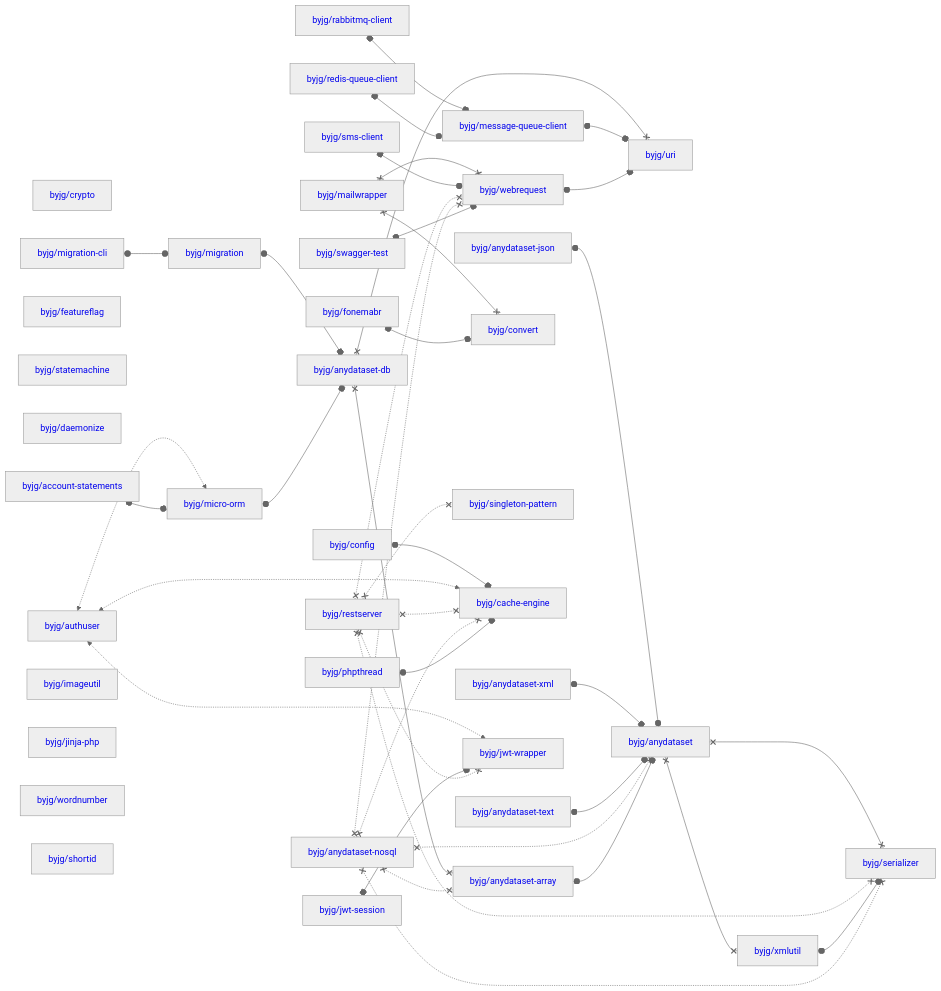
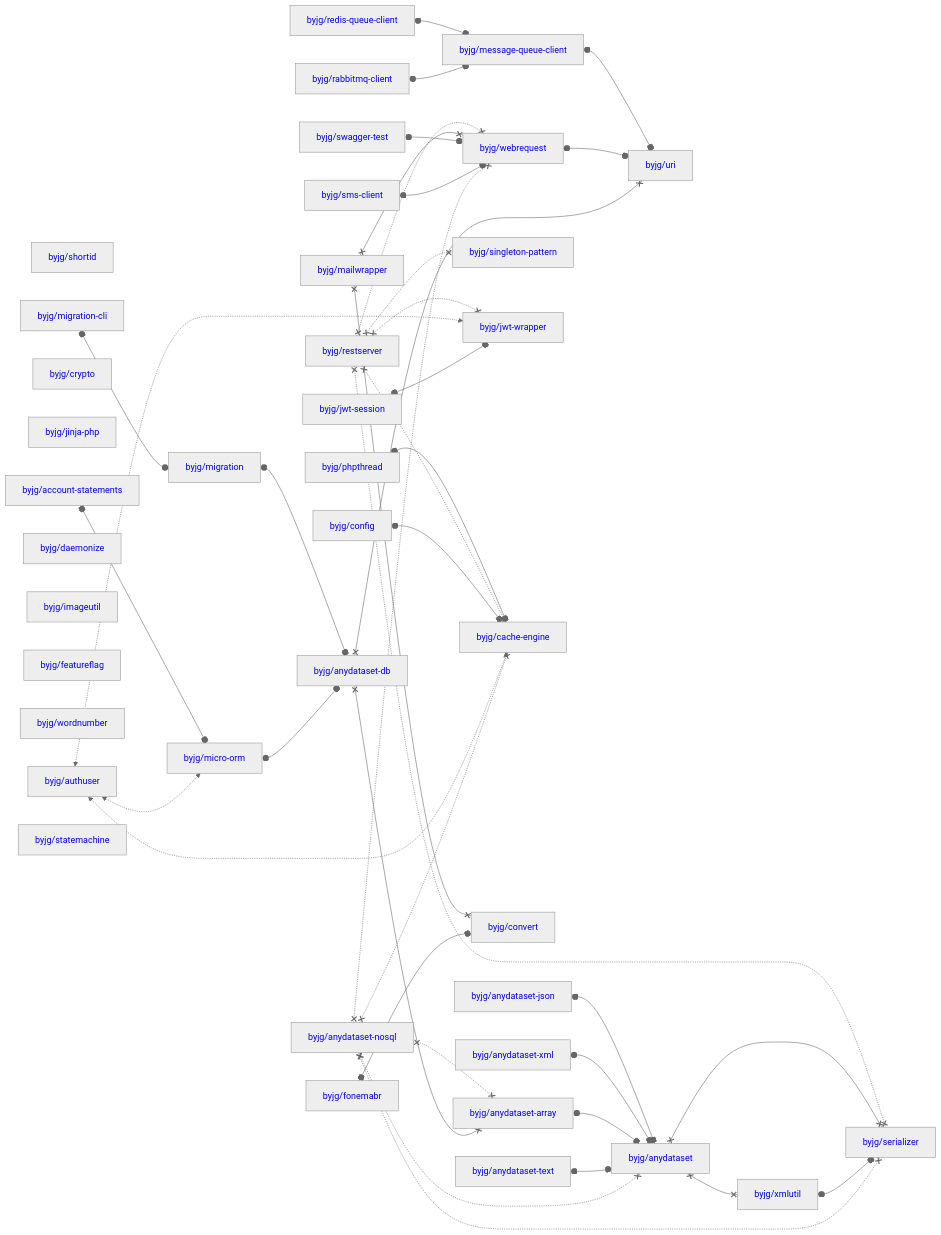
The diagram in docs/php/README.md (byjg/byjg.github.io), drawn with Mermaid (neutral theme) before and after one commit. The commit also changed other lines of this file, not shown here.

Commit message:
Update documentation 'php' 'php-config'

````diff
--- a/docs/php/README.md
+++ b/docs/php/README.md
@@ -3,80 +3,80 @@
 ```mermaid
 graph LR;
+  byjg/anydataset-text[<a href='https://opensource.byjg.com/docs/php/anydataset-text' style='text-decoration:none'>byjg/anydataset-text</a>];
+  byjg/jwt-session[<a href='https://opensource.byjg.com/docs/php/jwt-session' style='text-decoration:none'>byjg/jwt-session</a>];
+  byjg/phpthread[<a href='https://opensource.byjg.com/docs/php/phpthread' style='text-decoration:none'>byjg/phpthread</a>];
+  byjg/shortid[<a href='https://opensource.byjg.com/docs/php/shortid' style='text-decoration:none'>byjg/shortid</a>];
+  byjg/authuser[<a href='https://opensource.byjg.com/docs/php/authuser' style='text-decoration:none'>byjg/authuser</a>];
   byjg/crypto[<a href='https://opensource.byjg.com/docs/php/crypto' style='text-decoration:none'>byjg/crypto</a>];
+  byjg/redis-queue-client[<a href='https://opensource.byjg.com/docs/php/redis-queue-client' style='text-decoration:none'>byjg/redis-queue-client</a>];
+  byjg/restserver[<a href='https://opensource.byjg.com/docs/php/restserver' style='text-decoration:none'>byjg/restserver</a>];
   byjg/anydataset-json[<a href='https://opensource.byjg.com/docs/php/anydataset-json' style='text-decoration:none'>byjg/anydataset-json</a>];
-  byjg/rabbitmq-client[<a href='https://opensource.byjg.com/docs/php/rabbitmq-client' style='text-decoration:none'>byjg/rabbitmq-client</a>];
-  byjg/anydataset-text[<a href='https://opensource.byjg.com/docs/php/anydataset-text' style='text-decoration:none'>byjg/anydataset-text</a>];
+  byjg/jinja-php[<a href='https://opensource.byjg.com/docs/php/jinja-php' style='text-decoration:none'>byjg/jinja-php</a>];
   byjg/migration-cli[<a href='https://opensource.byjg.com/docs/php/migration-cli' style='text-decoration:none'>byjg/migration-cli</a>];
+  byjg/anydataset-xml[<a href='https://opensource.byjg.com/docs/php/anydataset-xml' style='text-decoration:none'>byjg/anydataset-xml</a>];
+  byjg/daemonize[<a href='https://opensource.byjg.com/docs/php/daemonize' style='text-decoration:none'>byjg/daemonize</a>];
+  byjg/anydataset-nosql[<a href='https://opensource.byjg.com/docs/php/anydataset-nosql' style='text-decoration:none'>byjg/anydataset-nosql</a>];
+  byjg/imageutil[<a href='https://opensource.byjg.com/docs/php/imageutil' style='text-decoration:none'>byjg/imageutil</a>];
+  byjg/config[<a href='https://opensource.byjg.com/docs/php/config' style='text-decoration:none'>byjg/config</a>];
   byjg/fonemabr[<a href='https://opensource.byjg.com/docs/php/fonemabr' style='text-decoration:none'>byjg/fonemabr</a>];
+  byjg/swagger-test[<a href='https://opensource.byjg.com/docs/php/swagger-test' style='text-decoration:none'>byjg/swagger-test</a>];
   byjg/featureflag[<a href='https://opensource.byjg.com/docs/php/featureflag' style='text-decoration:none'>byjg/featureflag</a>];
-  byjg/statemachine[<a href='https://opensource.byjg.com/docs/php/statemachine' style='text-decoration:none'>byjg/statemachine</a>];
-  byjg/redis-queue-client[<a href='https://opensource.byjg.com/docs/php/redis-queue-client' style='text-decoration:none'>byjg/redis-queue-client</a>];
-  byjg/anydataset-xml[<a href='https://opensource.byjg.com/docs/php/anydataset-xml' style='text-decoration:none'>byjg/anydataset-xml</a>];
-  byjg/anydataset-nosql[<a href='https://opensource.byjg.com/docs/php/anydataset-nosql' style='text-decoration:none'>byjg/anydataset-nosql</a>];
-  byjg/daemonize[<a href='https://opensource.byjg.com/docs/php/daemonize' style='text-decoration:none'>byjg/daemonize</a>];
-  byjg/account-statements[<a href='https://opensource.byjg.com/docs/php/account-statements' style='text-decoration:none'>byjg/account-statements</a>];
-  byjg/phpthread[<a href='https://opensource.byjg.com/docs/php/phpthread' style='text-decoration:none'>byjg/phpthread</a>];
-  byjg/config[<a href='https://opensource.byjg.com/docs/php/config' style='text-decoration:none'>byjg/config</a>];
-  byjg/authuser[<a href='https://opensource.byjg.com/docs/php/authuser' style='text-decoration:none'>byjg/authuser</a>];
-  byjg/swagger-test[<a href='https://opensource.byjg.com/docs/php/swagger-test' style='text-decoration:none'>byjg/swagger-test</a>];
-  byjg/imageutil[<a href='https://opensource.byjg.com/docs/php/imageutil' style='text-decoration:none'>byjg/imageutil</a>];
-  byjg/jinja-php[<a href='https://opensource.byjg.com/docs/php/jinja-php' style='text-decoration:none'>byjg/jinja-php</a>];
-  byjg/jwt-session[<a href='https://opensource.byjg.com/docs/php/jwt-session' style='text-decoration:none'>byjg/jwt-session</a>];
-  byjg/mailwrapper[<a href='https://opensource.byjg.com/docs/php/mailwrapper' style='text-decoration:none'>byjg/mailwrapper</a>];
   byjg/sms-client[<a href='https://opensource.byjg.com/docs/php/sms-client' style='text-decoration:none'>byjg/sms-client</a>];
   byjg/wordnumber[<a href='https://opensource.byjg.com/docs/php/wordnumber' style='text-decoration:none'>byjg/wordnumber</a>];
-  byjg/shortid[<a href='https://opensource.byjg.com/docs/php/shortid' style='text-decoration:none'>byjg/shortid</a>];
-  byjg/restserver[<a href='https://opensource.byjg.com/docs/php/restserver' style='text-decoration:none'>byjg/restserver</a>];
+  byjg/mailwrapper[<a href='https://opensource.byjg.com/docs/php/mailwrapper' style='text-decoration:none'>byjg/mailwrapper</a>];
+  byjg/account-statements[<a href='https://opensource.byjg.com/docs/php/account-statements' style='text-decoration:none'>byjg/account-statements</a>];
+  byjg/statemachine[<a href='https://opensource.byjg.com/docs/php/statemachine' style='text-decoration:none'>byjg/statemachine</a>];
+  byjg/rabbitmq-client[<a href='https://opensource.byjg.com/docs/php/rabbitmq-client' style='text-decoration:none'>byjg/rabbitmq-client</a>];
+  byjg/singleton-pattern[<a href='https://opensource.byjg.com/docs/php/singleton-pattern' style='text-decoration:none'>byjg/singleton-pattern</a>];
+  byjg/jwt-wrapper[<a href='https://opensource.byjg.com/docs/php/jwt-wrapper' style='text-decoration:none'>byjg/jwt-wrapper</a>];
   byjg/migration[<a href='https://opensource.byjg.com/docs/php/migration' style='text-decoration:none'>byjg/migration</a>];
+  byjg/cache-engine[<a href='https://opensource.byjg.com/docs/php/cache-engine' style='text-decoration:none'>byjg/cache-engine</a>];
+  byjg/convert[<a href='https://opensource.byjg.com/docs/php/convert' style='text-decoration:none'>byjg/convert</a>];
+  byjg/webrequest[<a href='https://opensource.byjg.com/docs/php/webrequest' style='text-decoration:none'>byjg/webrequest</a>];
+  byjg/micro-orm[<a href='https://opensource.byjg.com/docs/php/micro-orm' style='text-decoration:none'>byjg/micro-orm</a>];
   byjg/message-queue-client[<a href='https://opensource.byjg.com/docs/php/message-queue-client' style='text-decoration:none'>byjg/message-queue-client</a>];
-  byjg/micro-orm[<a href='https://opensource.byjg.com/docs/php/micro-orm' style='text-decoration:none'>byjg/micro-orm</a>];
-  byjg/convert[<a href='https://opensource.byjg.com/docs/php/convert' style='text-decoration:none'>byjg/convert</a>];
-  byjg/singleton-pattern[<a href='https://opensource.byjg.com/docs/php/singleton-pattern' style='text-decoration:none'>byjg/singleton-pattern</a>];
-  byjg/cache-engine[<a href='https://opensource.byjg.com/docs/php/cache-engine' style='text-decoration:none'>byjg/cache-engine</a>];
-  byjg/webrequest[<a href='https://opensource.byjg.com/docs/php/webrequest' style='text-decoration:none'>byjg/webrequest</a>];
-  byjg/jwt-wrapper[<a href='https://opensource.byjg.com/docs/php/jwt-wrapper' style='text-decoration:none'>byjg/jwt-wrapper</a>];
   byjg/anydataset-db[<a href='https://opensource.byjg.com/docs/php/anydataset-db' style='text-decoration:none'>byjg/anydataset-db</a>];
   byjg/anydataset-array[<a href='https://opensource.byjg.com/docs/php/anydataset-array' style='text-decoration:none'>byjg/anydataset-array</a>];
   byjg/uri[<a href='https://opensource.byjg.com/docs/php/uri' style='text-decoration:none'>byjg/uri</a>];
   byjg/anydataset[<a href='https://opensource.byjg.com/docs/php/anydataset' style='text-decoration:none'>byjg/anydataset</a>];
   byjg/xmlutil[<a href='https://opensource.byjg.com/docs/php/xmlutil' style='text-decoration:none'>byjg/xmlutil</a>];
   byjg/serializer[<a href='https://opensource.byjg.com/docs/php/serializer' style='text-decoration:none'>byjg/serializer</a>];
-  byjg/config o--o byjg/cache-engine;
-  byjg/migration o--o byjg/anydataset-db;
-  byjg/rabbitmq-client o--o byjg/message-queue-client;
-  byjg/redis-queue-client o--o byjg/message-queue-client;
-  byjg/authuser <-.-> byjg/micro-orm;
-  byjg/authuser <-.-> byjg/cache-engine;
-  byjg/authuser <-.-> byjg/jwt-wrapper;
-  byjg/anydataset-db x--x byjg/anydataset-array;
-  byjg/anydataset-db x--x byjg/uri;
-  byjg/mailwrapper x--x byjg/convert;
-  byjg/mailwrapper x--x byjg/webrequest;
-  byjg/anydataset-json o--o byjg/anydataset;
-  byjg/anydataset-xml o--o byjg/anydataset;
-  byjg/jwt-session o--o byjg/jwt-wrapper;
-  byjg/account-statements o--o byjg/micro-orm;
-  byjg/message-queue-client o--o byjg/uri;
-  byjg/migration-cli o--o byjg/migration;
-  byjg/micro-orm o--o byjg/anydataset-db;
-  byjg/anydataset-text o--o byjg/anydataset;
-  byjg/sms-client o--o byjg/webrequest;
-  byjg/anydataset x--x byjg/serializer;
-  byjg/anydataset x--x byjg/xmlutil;
-  byjg/webrequest o--o byjg/uri;
+  byjg/phpthread o--o byjg/cache-engine;
   byjg/restserver x-.-x byjg/serializer;
   byjg/restserver x-.-x byjg/singleton-pattern;
   byjg/restserver x-.-x byjg/cache-engine;
   byjg/restserver x-.-x byjg/webrequest;
   byjg/restserver x-.-x byjg/jwt-wrapper;
+  byjg/message-queue-client o--o byjg/uri;
+  byjg/migration-cli o--o byjg/migration;
+  byjg/anydataset-json o--o byjg/anydataset;
+  byjg/mailwrapper x--x byjg/convert;
+  byjg/mailwrapper x--x byjg/webrequest;
+  byjg/swagger-test o--o byjg/webrequest;
+  byjg/fonemabr o--o byjg/convert;
+  byjg/redis-queue-client o--o byjg/message-queue-client;
+  byjg/migration o--o byjg/anydataset-db;
+  byjg/anydataset-xml o--o byjg/anydataset;
+  byjg/anydataset-array o--o byjg/anydataset;
+  byjg/config o--o byjg/cache-engine;
+  byjg/sms-client o--o byjg/webrequest;
+  byjg/webrequest o--o byjg/uri;
+  byjg/anydataset-text o--o byjg/anydataset;
+  byjg/anydataset x--x byjg/serializer;
+  byjg/anydataset x--x byjg/xmlutil;
   byjg/xmlutil o--o byjg/serializer;
+  byjg/account-statements o--o byjg/micro-orm;
+  byjg/rabbitmq-client o--o byjg/message-queue-client;
+  byjg/micro-orm o--o byjg/anydataset-db;
+  byjg/authuser <-.-> byjg/micro-orm;
+  byjg/authuser <-.-> byjg/cache-engine;
+  byjg/authuser <-.-> byjg/jwt-wrapper;
   byjg/anydataset-nosql x-.-x byjg/anydataset;
   byjg/anydataset-nosql x-.-x byjg/anydataset-array;
   byjg/anydataset-nosql x-.-x byjg/serializer;
   byjg/anydataset-nosql x-.-x byjg/webrequest;
   byjg/anydataset-nosql x-.-x byjg/cache-engine;
-  byjg/anydataset-array o--o byjg/anydataset;
-  byjg/swagger-test o--o byjg/webrequest;
-  byjg/phpthread o--o byjg/cache-engine;
-  byjg/fonemabr o--o byjg/convert;
+  byjg/anydataset-db x--x byjg/anydataset-array;
+  byjg/anydataset-db x--x byjg/uri;
+  byjg/jwt-session o--o byjg/jwt-wrapper;
 ```
````
